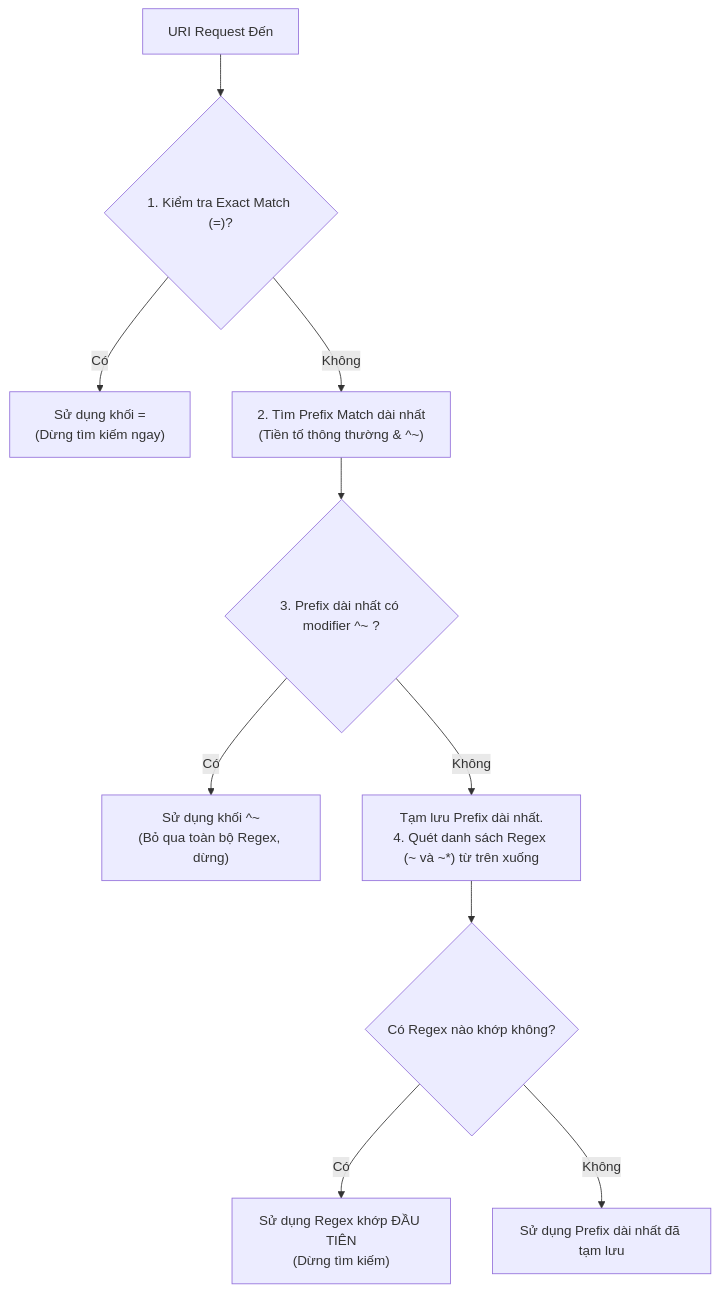
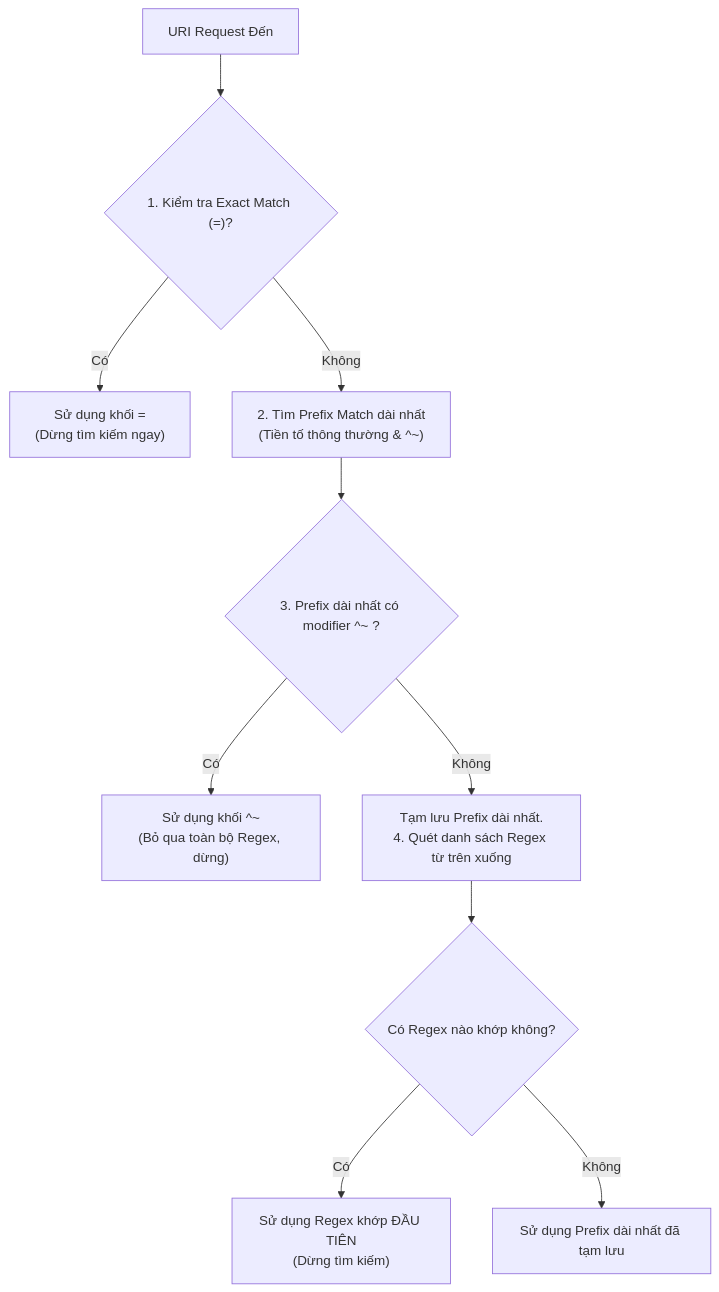
One commit to MaiTheHao/docs changed the diagram in nginx/05_location_matching_algorithm.md. Above: the diagram before and after it, drawn with Mermaid. The commit also changed other lines of this file and 10 other files, not shown here.

````diff
--- a/nginx/05_location_matching_algorithm.md
+++ b/nginx/05_location_matching_algorithm.md
@@ -33,17 +32,17 @@
 ```mermaid
 flowchart TD
     Start["URI Request Đến"] --> Step1{"1. Kiểm tra Exact Match (=)?"}
     
-    Step1 -- Có --> UseExact["Sử dụng khối =<br/>(Dừng tìm kiếm ngay)"]
-    Step1 -- Không --> Step2["2. Tìm Prefix Match dài nhất<br/>(Tiền tố thông thường & ^~)"]
+    Step1 -- Có --> UseExact["Sử dụng khối =\n(Dừng tìm kiếm ngay)"]
+    Step1 -- Không --> Step2["2. Tìm Prefix Match dài nhất\n(Tiền tố thông thường & ^~)"]
     
     Step2 --> Step3{"3. Prefix dài nhất có modifier ^~ ?"}
     
-    Step3 -- Có --> UsePreferential["Sử dụng khối ^~<br/>(Bỏ qua toàn bộ Regex, dừng)"]
-    Step3 -- Không --> Step4["Tạm lưu Prefix dài nhất.<br/>4. Quét danh sách Regex (~ và ~*) từ trên xuống"]
+    Step3 -- Có --> UsePreferential["Sử dụng khối ^~\n(Bỏ qua toàn bộ Regex, dừng)"]
+    Step3 -- Không --> Step4["Tạm lưu Prefix dài nhất.\n4. Quét danh sách Regex từ trên xuống"]
     
     Step4 --> Step5{"Có Regex nào khớp không?"}
     
-    Step5 -- Có --> UseRegex["Sử dụng Regex khớp ĐẦU TIÊN<br/>(Dừng tìm kiếm)"]
+    Step5 -- Có --> UseRegex["Sử dụng Regex khớp ĐẦU TIÊN\n(Dừng tìm kiếm)"]
     Step5 -- Không --> UseSavedPrefix["Sử dụng Prefix dài nhất đã tạm lưu"]
 ```
````
